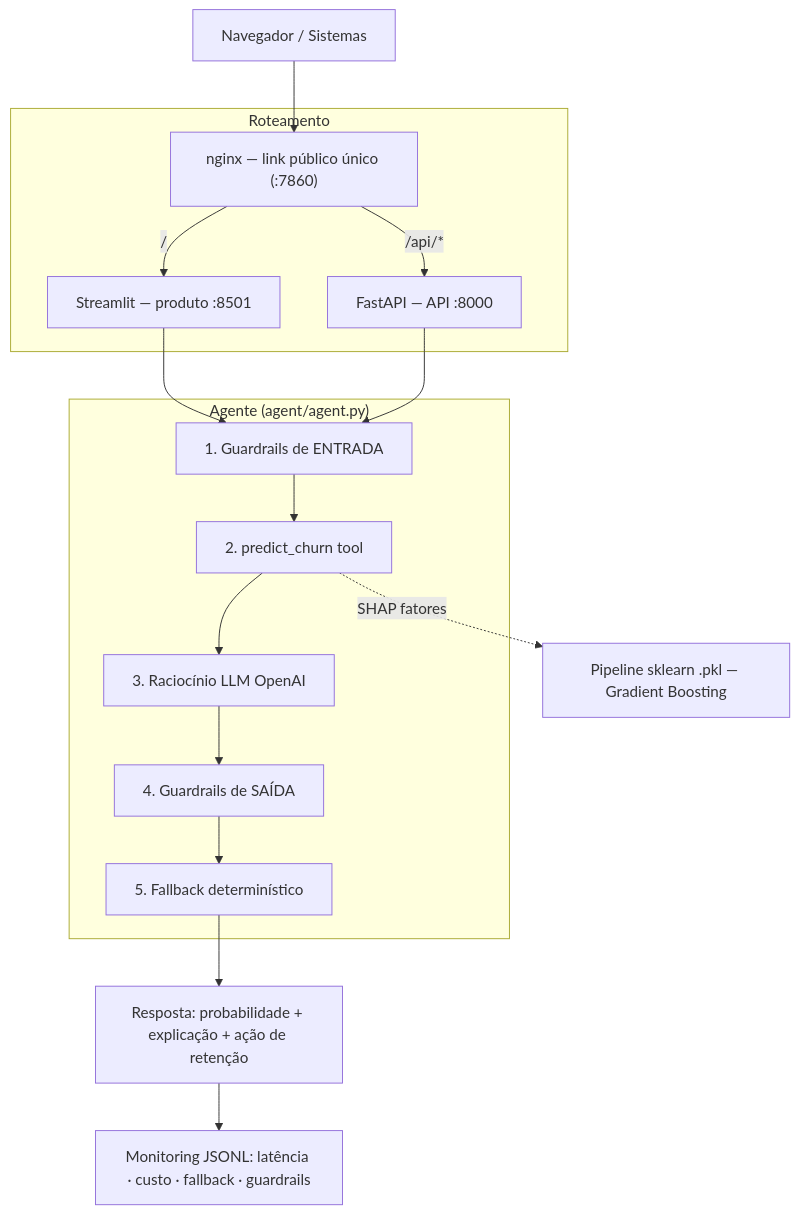
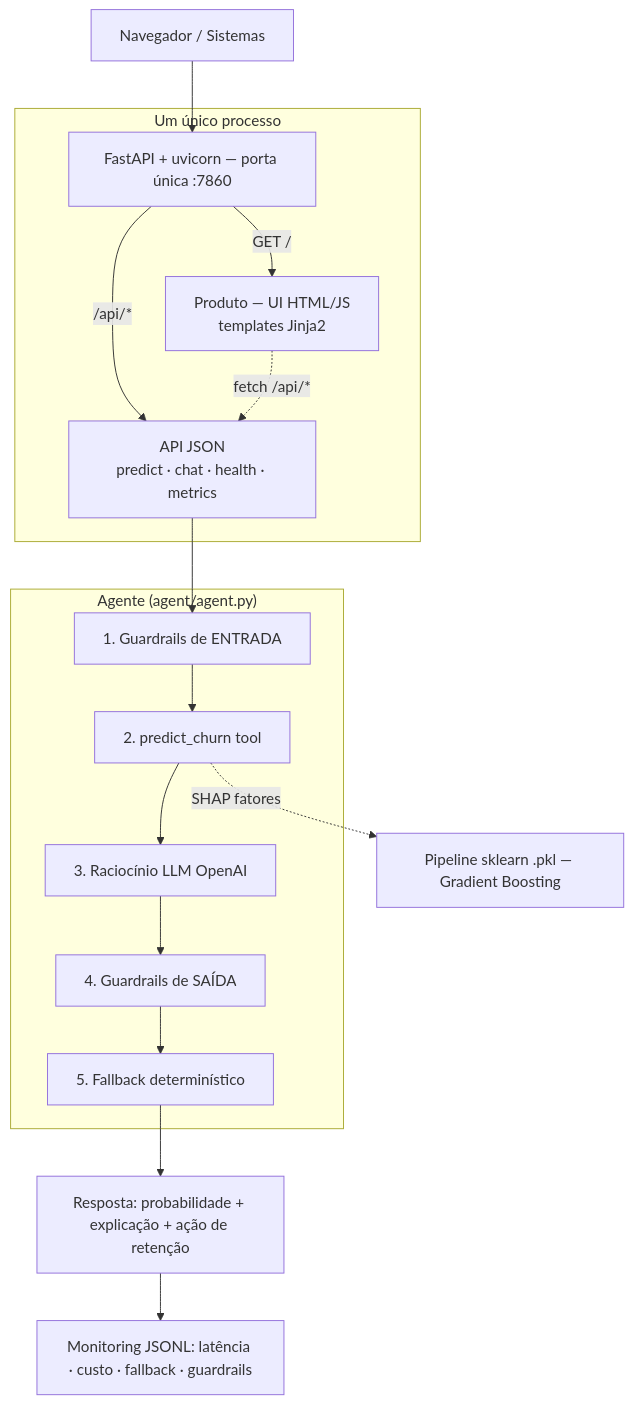
Before and after one commit to lcsgborges/churn-predictor: the first of 3 diagrams in docs/arquitetura.md, drawn with Mermaid. The commit also changed other lines of this file and 7 other files, not shown here.

````diff
--- a/docs/arquitetura.md
+++ b/docs/arquitetura.md
@@ -5,24 +5,24 @@
 ```mermaid
 flowchart TD
-    Nav[Navegador / Sistemas] --> NGX["nginx — link público único (:7860)"]
+    Nav[Navegador / Sistemas] --> APP["FastAPI + uvicorn — porta única :7860"]
 
-    subgraph roteamento[Roteamento]
-        NGX -->|"/"| ST[Streamlit — produto :8501]
-        NGX -->|"/api/*"| API[FastAPI — API :8000]
+    subgraph proc["Um único processo"]
+        APP -->|"GET /"| UI[Produto — UI HTML/JS<br/>templates Jinja2]
+        APP -->|"/api/*"| API[API JSON<br/>predict · chat · health · metrics]
     end
 
-    ST --> AG
+    UI -. "fetch /api/*" .-> API
     API --> AG
 
     subgraph agente["Agente (agent/agent.py)"]
         AG[1. Guardrails de ENTRADA] --> TOOL[2. predict_churn tool]
         TOOL --> LLM[3. Raciocínio LLM OpenAI]
         LLM --> OUT[4. Guardrails de SAÍDA]
         OUT --> FB[5. Fallback determinístico]
     end
 
     TOOL -.->|SHAP fatores| ML["Pipeline sklearn .pkl — Gradient Boosting"]
 
     FB --> RESP[Resposta: probabilidade + explicação + ação de retenção]
     RESP --> MON["Monitoring JSONL: latência · custo · fallback · guardrails"]
 ```
````
